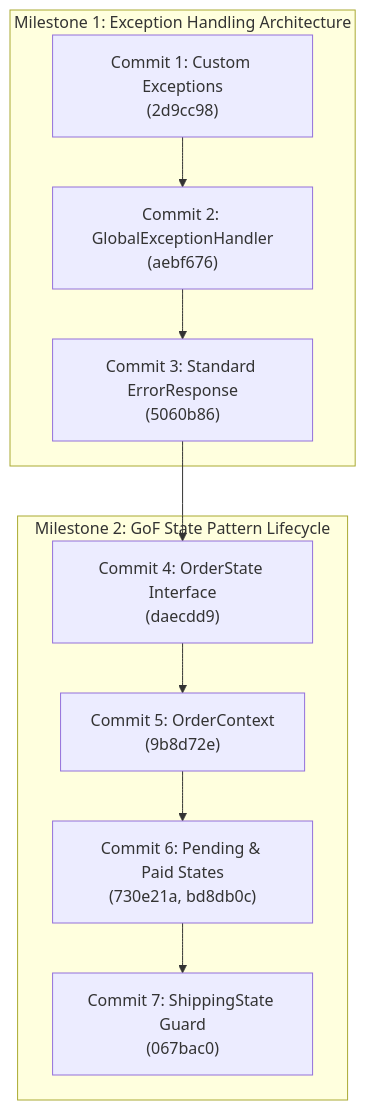
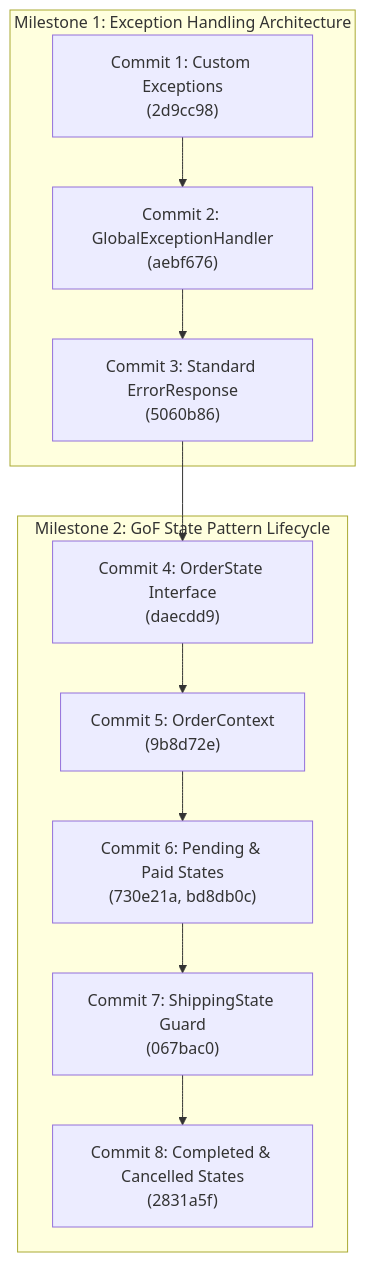
Before and after one commit to Bigzzz0/Pok-Vault_Commerce: the diagram in knowledge.md, drawn with Mermaid. The commit also changed other lines of this file and 8 other files, not shown here.

````diff
--- a/knowledge.md
+++ b/knowledge.md
@@ -34,14 +34,15 @@
 ```mermaid
 graph TD
     subgraph ExceptionHandling["Milestone 1: Exception Handling Architecture"]
         C1["Commit 1: Custom Exceptions\n(2d9cc98)"] --> C2["Commit 2: GlobalExceptionHandler\n(aebf676)"]
         C2 --> C3["Commit 3: Standard ErrorResponse\n(5060b86)"]
     end
 
     subgraph StatePattern["Milestone 2: GoF State Pattern Lifecycle"]
         C3 --> C4["Commit 4: OrderState Interface\n(daecdd9)"]
         C4 --> C5["Commit 5: OrderContext\n(9b8d72e)"]
         C5 --> C6["Commit 6: Pending & Paid States\n(730e21a, bd8db0c)"]
         C6 --> C7["Commit 7: ShippingState Guard\n(067bac0)"]
+        C7 --> C8["Commit 8: Completed & Cancelled States\n(2831a5f)"]
     end
 ```
````
